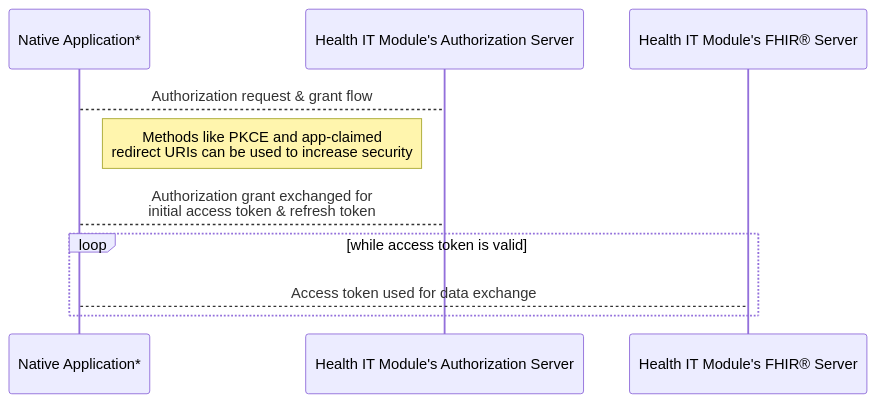
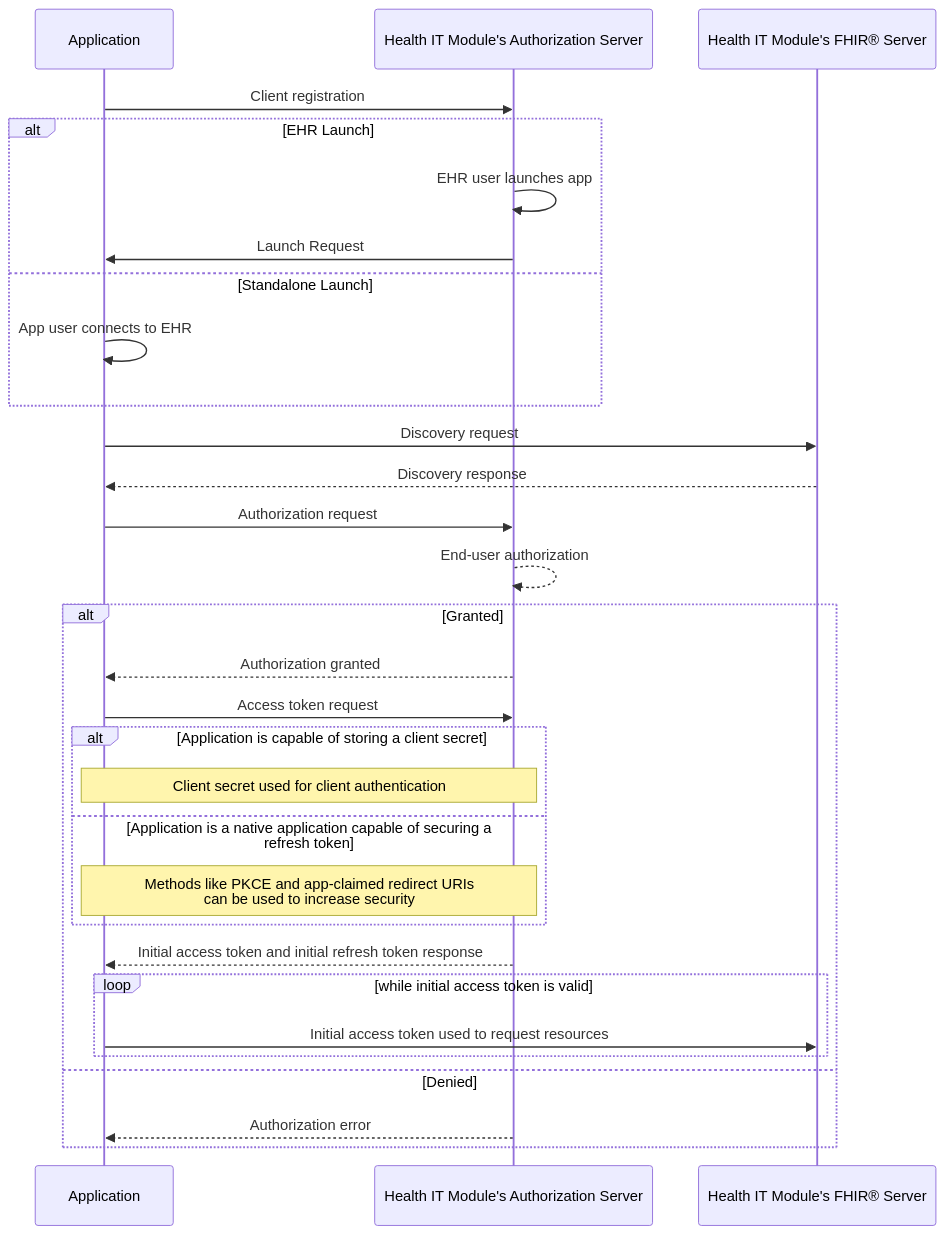
The first of 5 diagrams in docs/g10-criterion.md (onc-healthit/api-resource-guide), drawn with Mermaid before and after one commit. The commit also changed other lines of this file, not shown here.

Commit message:
adding more to diagrams

````diff
--- a/docs/g10-criterion.md
+++ b/docs/g10-criterion.md
@@ -313,9 +298,33 @@
 	``` mermaid
 	sequenceDiagram
-	Native Application* --> Health IT Module's Authorization Server: Authorization request & grant flow
-	note right of Native Application*: Methods like PKCE and app-claimed <br/> redirect URIs can be used to increase security
-	Native Application* --> Health IT Module's Authorization Server: Authorization grant exchanged for <br/> initial access token & refresh token
-	loop while access token is valid
-		Native Application* --> Health IT Module's FHIR® Server: Access token used for data exchange
-	end
+		participant app as Application
+		participant authz as Health IT Module's Authorization Server
+		participant fhir as Health IT Module's FHIR® Server
+
+		app ->> authz: Client registration
+		alt EHR Launch
+			authz ->> authz: EHR user launches app
+			authz ->> app: Launch Request
+		else Standalone Launch
+			app ->> app: App user connects to EHR
+		end
+		app ->> fhir: Discovery request
+		fhir -->> app: Discovery response
+		app ->> authz: Authorization request
+		authz -->> authz: End-user authorization
+		alt Granted
+			authz -->> app: Authorization granted
+			app ->> authz: Access token request
+            alt Application is capable of storing a client secret
+			note over app,authz: Client secret used for client authentication
+            else Application is a native application capable of securing a refresh token
+            note over app,authz: Methods like PKCE and app-claimed redirect URIs <br/> can be used to increase security
+            end
+			authz -->> app: Initial access token and initial refresh token response
+			loop while initial access token is valid
+				app ->> fhir: Initial access token used to request resources
+			end
+		else Denied
+			authz -->> app: Authorization error
+		end
 	```
````
